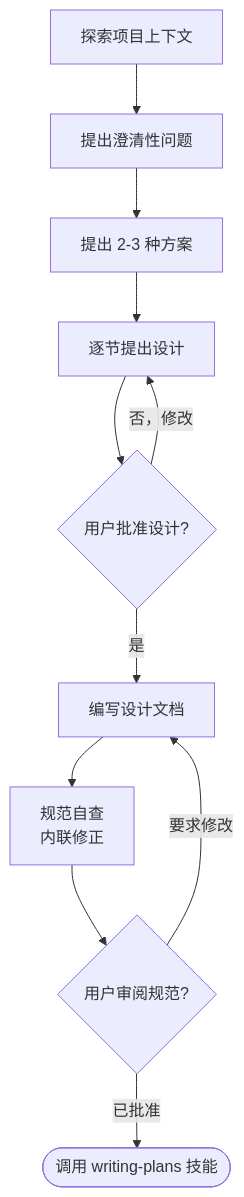
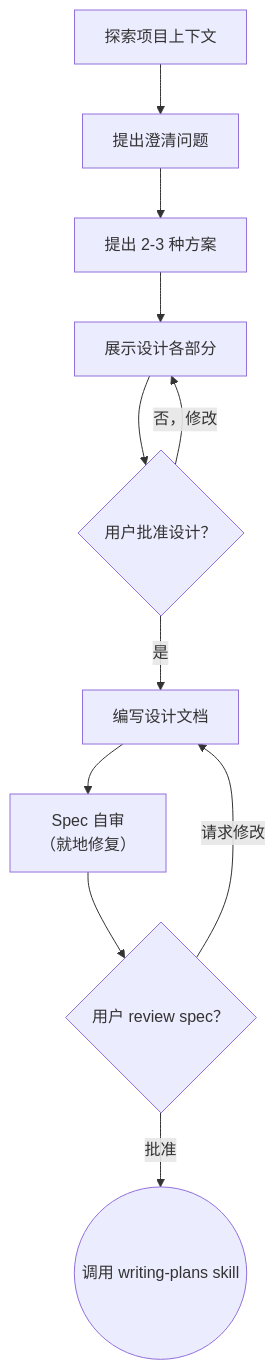
One commit to zhliner/aiTips changed the diagram in superpowers/skills/brainstorming/SKILL_cn.md. Above: the diagram before and after it, drawn with Mermaid. The commit also changed other lines of this file and 35 other files, not shown here.

````diff
--- a/superpowers/skills/brainstorming/SKILL_cn.md
+++ b/superpowers/skills/brainstorming/SKILL_cn.md
@@ -36,23 +36,13 @@
 ```mermaid
 flowchart TD
-    A[探索项目上下文]
-    B[提出澄清性问题]
-    C[提出 2-3 种方案]
-    D[逐节提出设计]
-    E{用户批准设计?}
-    F[编写设计文档]
-    G[规范自查<br/>内联修正]
-    H{用户审阅规范?}
-    I([调用 writing-plans 技能])
-
-    A --> B
-    B --> C
-    C --> D
-    D --> E
-    E -->|否，修改| D
-    E -->|是| F
-    F --> G
-    G --> H
-    H -->|要求修改| F
-    H -->|已批准| I
+    A["探索项目上下文"] --> B["提出澄清问题"]
+    B --> C["提出 2-3 种方案"]
+    C --> D["展示设计各部分"]
+    D --> E{"用户批准设计？"}
+    E -->|"否，修改"| D
+    E -->|"是"| F["编写设计文档"]
+    F --> G["Spec 自审\n（就地修复）"]
+    G --> H{"用户 review spec？"}
+    H -->|"请求修改"| F
+    H -->|"批准"| I(("调用 writing-plans skill"))
 ```
````
